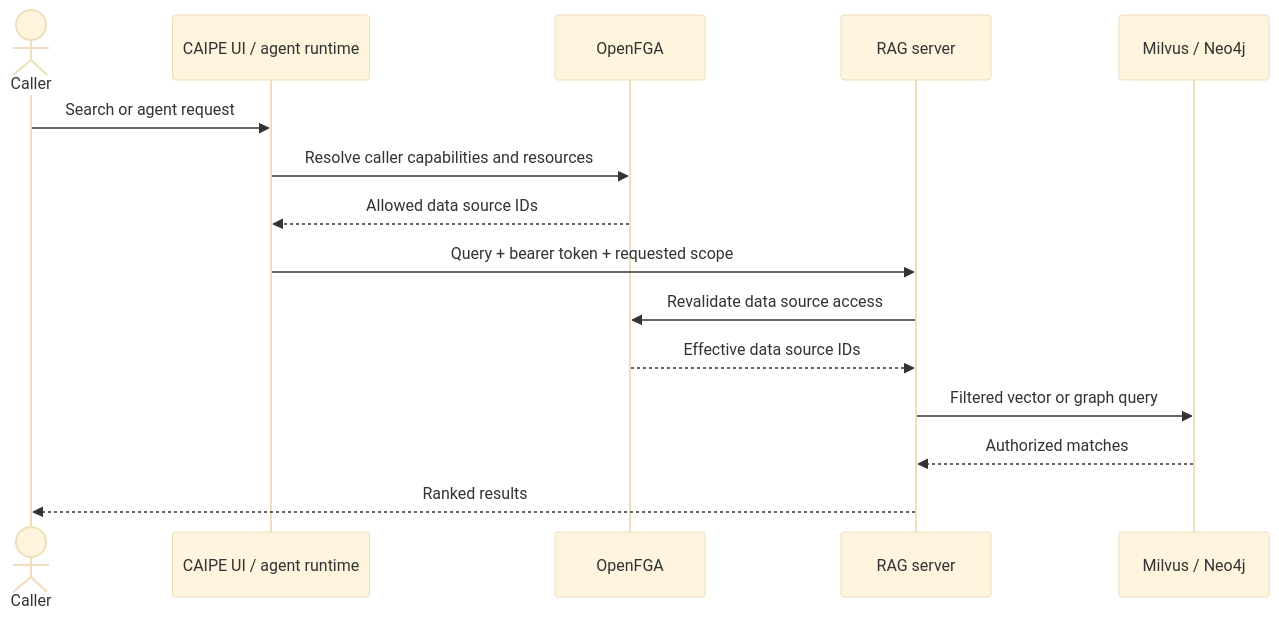
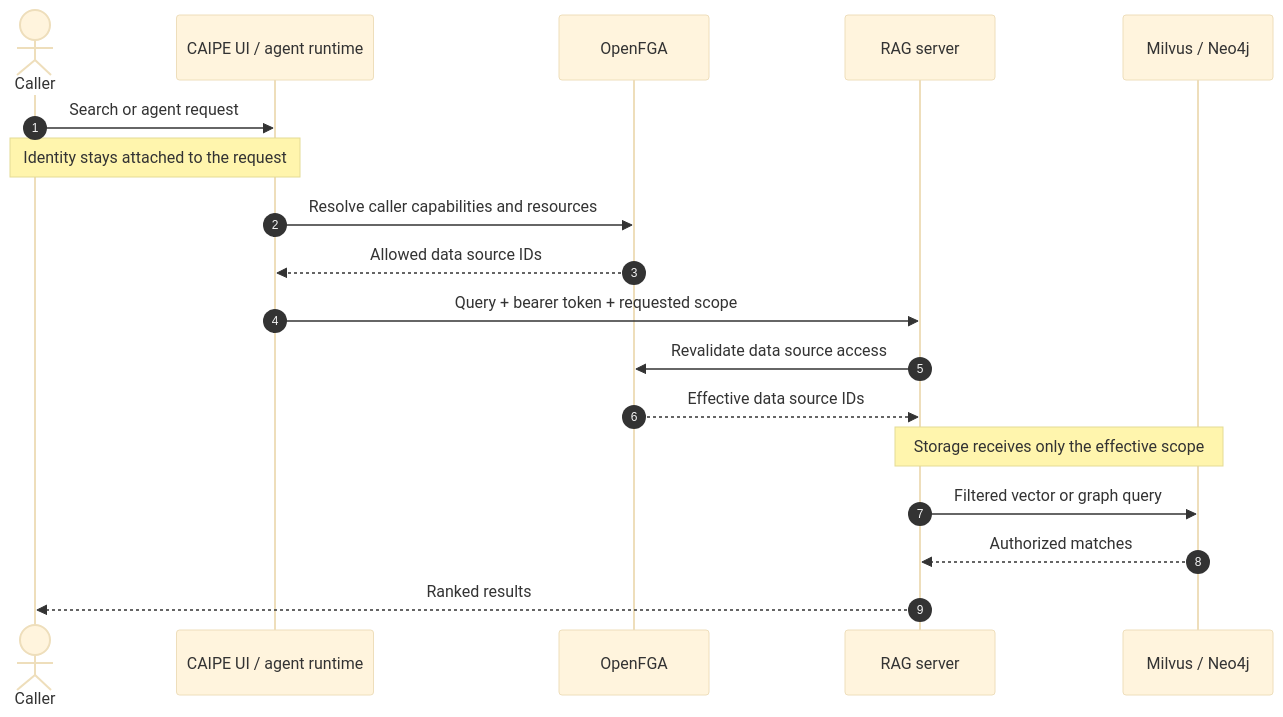
Before and after one commit to cnoe-io/ai-platform-engineering: the fourth of 4 diagrams in docs/docs/knowledge_bases/architecture.md, drawn with Mermaid (base theme). The commit also changed other lines of this file and 3 other files, not shown here.

Commit message:
docs(features): improve feature diagrams

````diff
--- a/docs/docs/knowledge_bases/architecture.md
+++ b/docs/docs/knowledge_bases/architecture.md
@@ -112,18 +133,21 @@
 ```mermaid
 sequenceDiagram
+  autonumber
   actor Caller
   participant UI as CAIPE UI / agent runtime
   participant FGA as OpenFGA
   participant RAG as RAG server
   participant DB as Milvus / Neo4j
 
   Caller->>UI: Search or agent request
+  Note over Caller,UI: Identity stays attached to the request
   UI->>FGA: Resolve caller capabilities and resources
   FGA-->>UI: Allowed data source IDs
   UI->>RAG: Query + bearer token + requested scope
   RAG->>FGA: Revalidate data source access
   FGA-->>RAG: Effective data source IDs
+  Note over RAG,DB: Storage receives only the effective scope
   RAG->>DB: Filtered vector or graph query
   DB-->>RAG: Authorized matches
   RAG-->>Caller: Ranked results
 ```
````
